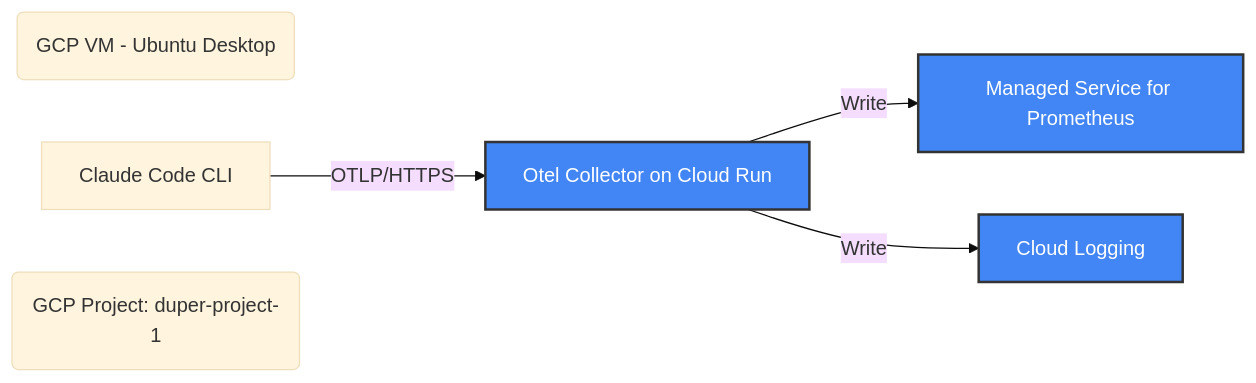
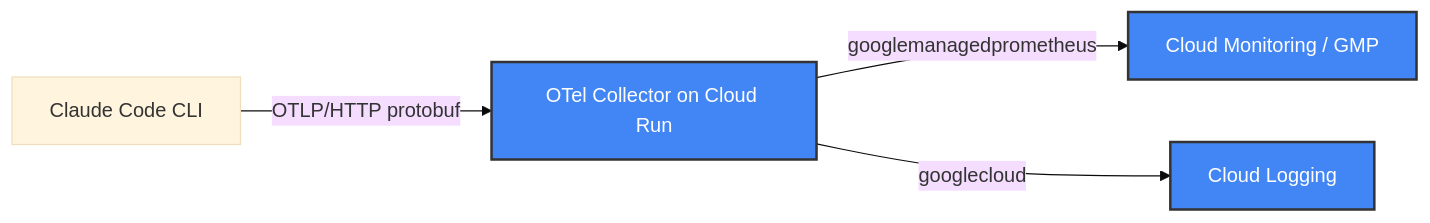
One commit to jinseo-jang/claude-code-otel-gcp changed the diagram in docs/plans/2026-03-14-otel-gcp-design.md. Above: the diagram before and after it, drawn with Mermaid (base theme). The commit also changed other lines of this file and 6 other files, not shown here.

````diff
--- a/docs/plans/2026-03-14-otel-gcp-design.md
+++ b/docs/plans/2026-03-14-otel-gcp-design.md
@@ -12,12 +14,10 @@
 ```mermaid
 graph LR
-    SubGraph_1(GCP VM - Ubuntu Desktop)
-    ClaudeCode[Claude Code CLI] -->|OTLP/HTTPS| CloudRun[Otel Collector on Cloud Run]
-    
-    SubGraph_2(GCP Project: duper-project-1)
-    CloudRun -->|Write| GMP[Managed Service for Prometheus]
-    CloudRun -->|Write| CloudLogging[Cloud Logging]
+    ClaudeCode[Claude Code CLI] -->|OTLP/HTTP protobuf| CloudRun[OTel Collector on Cloud Run]
+
+    CloudRun -->|googlemanagedprometheus| GMP[Cloud Monitoring / GMP]
+    CloudRun -->|googlecloud| CloudLogging[Cloud Logging]
 
     classDef gcp fill:#4285F4,stroke:#333,stroke-width:2px,color:#fff;
     class GMP,CloudLogging,CloudRun gcp;
 ```
````
